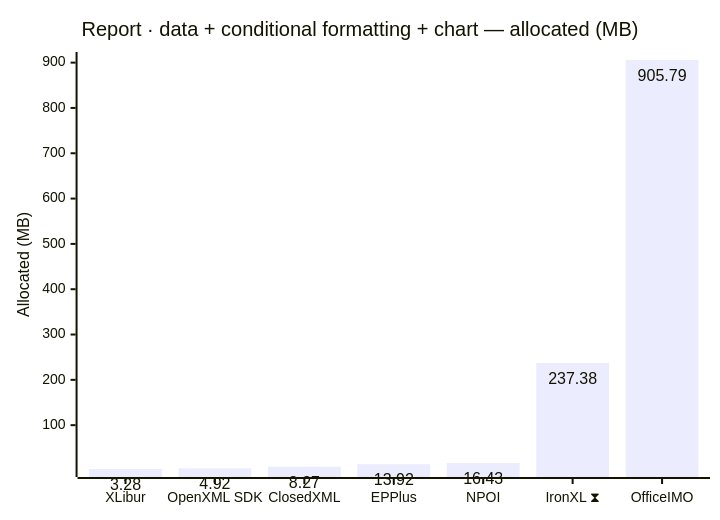
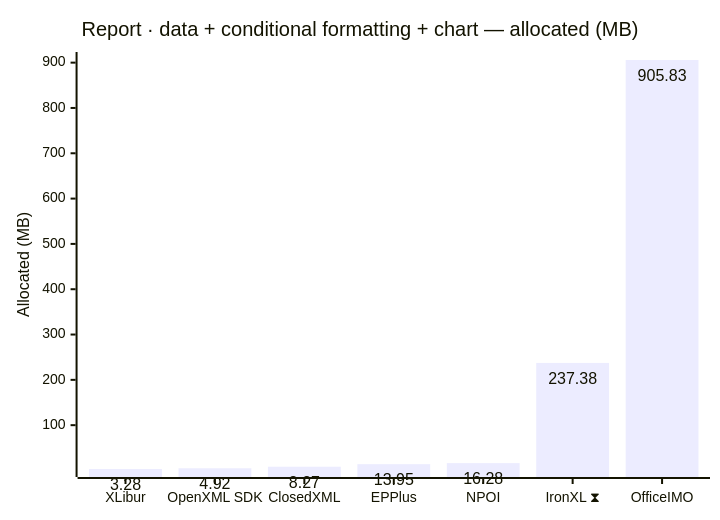
The tenth of 18 diagrams in docs/results-ci.md (jafin/XLBench), drawn with Mermaid before and after one commit. The commit also changed other lines of this file, not shown here.

````diff
--- a/docs/results-ci.md
+++ b/docs/results-ci.md
@@ -160,12 +160,12 @@
 ```mermaid
 ---
 config:
   xyChart:
     showDataLabel: true
 ---
 xychart-beta
     title "Report · data + conditional formatting + chart — allocated (MB)"
     x-axis ["XLibur", "OpenXML SDK", "ClosedXML", "EPPlus", "NPOI", "IronXL ⧗", "OfficeIMO"]
     y-axis "Allocated (MB)"
-    bar [3.28, 4.92, 8.27, 13.92, 16.43, 237.38, 905.79]
+    bar [3.28, 4.92, 8.27, 13.95, 16.28, 237.38, 905.83]
 ```
````
